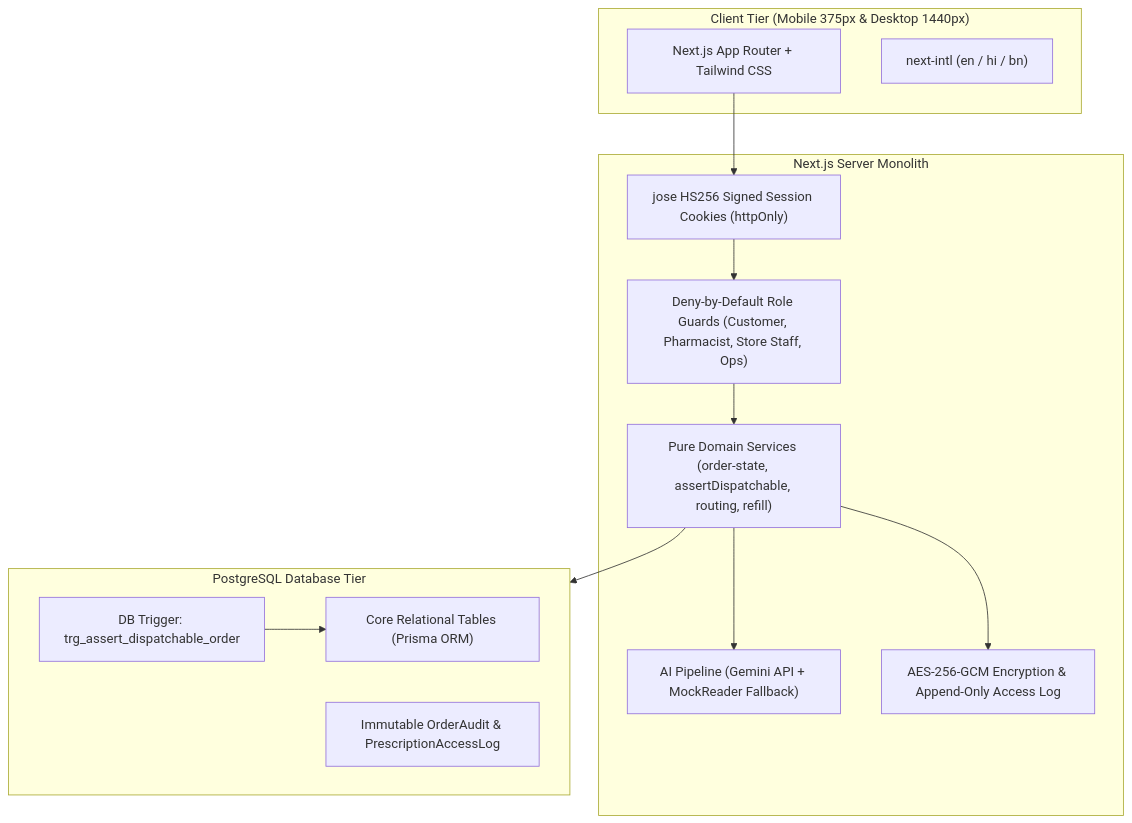
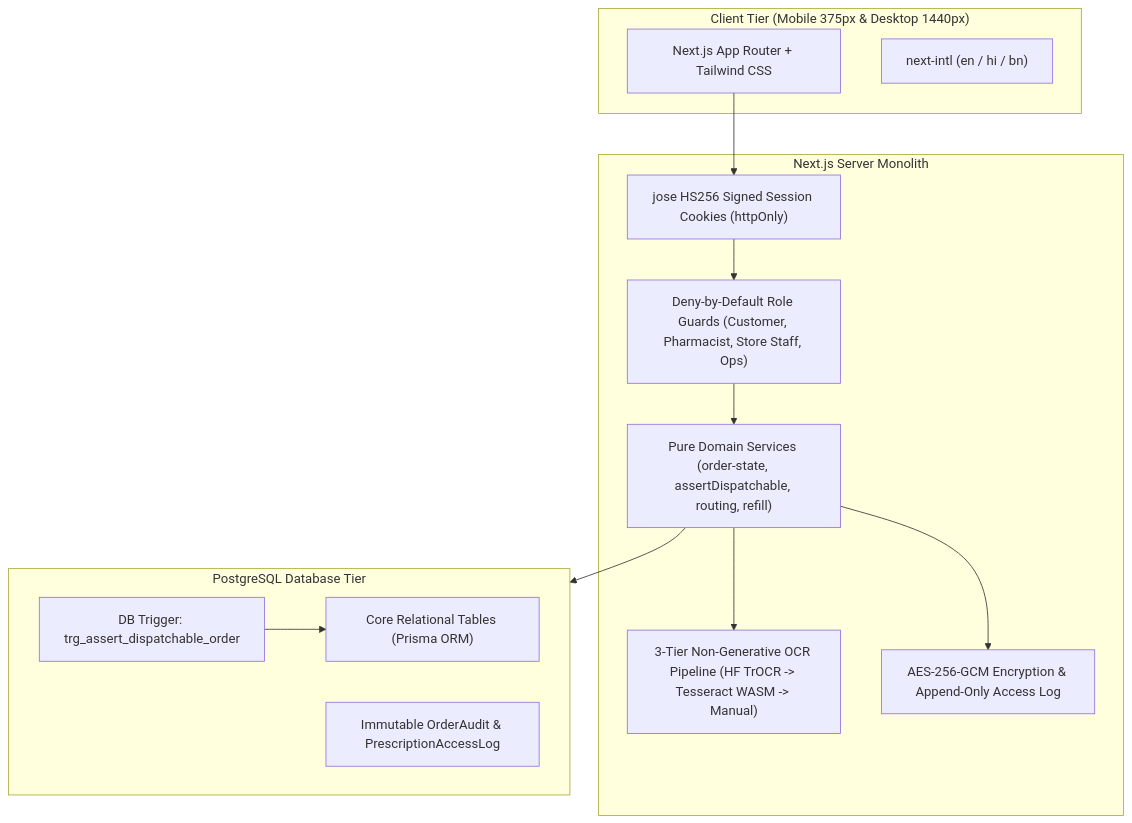
Before and after one commit to P1Manav/MedKart: the first of 3 diagrams in docs/TECHNICAL_DESIGN_DOCUMENT.md, drawn with Mermaid. The commit also changed other lines of this file and 5 other files, not shown here.

Commit message:
docs: document non-generative OCR architecture, real observed metrics, and free-tier limits (Section 6 & 9)

````diff
--- a/docs/TECHNICAL_DESIGN_DOCUMENT.md
+++ b/docs/TECHNICAL_DESIGN_DOCUMENT.md
@@ -31,27 +31,27 @@
 ```mermaid
 flowchart TD
     subgraph Client["Client Tier (Mobile 375px & Desktop 1440px)"]
         UI["Next.js App Router + Tailwind CSS"]
         I18N["next-intl (en / hi / bn)"]
     end
 
     subgraph Server["Next.js Server Monolith"]
         AUTH["jose HS256 Signed Session Cookies (httpOnly)"]
         RBAC["Deny-by-Default Role Guards (Customer, Pharmacist, Store Staff, Ops)"]
         DOMAIN["Pure Domain Services (order-state, assertDispatchable, routing, refill)"]
-        AI["AI Pipeline (Gemini API + MockReader Fallback)"]
+        AI["3-Tier Non-Generative OCR Pipeline (HF TrOCR -> Tesseract WASM -> Manual)"]
         CRYPTO["AES-256-GCM Encryption & Append-Only Access Log"]
     end
 
     subgraph DB["PostgreSQL Database Tier"]
         TABLES["Core Relational Tables (Prisma ORM)"]
         TRIGGER["DB Trigger: trg_assert_dispatchable_order"]
         AUDIT["Immutable OrderAudit & PrescriptionAccessLog"]
     end
 
     UI --> AUTH --> RBAC --> DOMAIN
     DOMAIN --> AI
     DOMAIN --> CRYPTO
     DOMAIN --> DB
     TRIGGER --> TABLES
 ```
````
